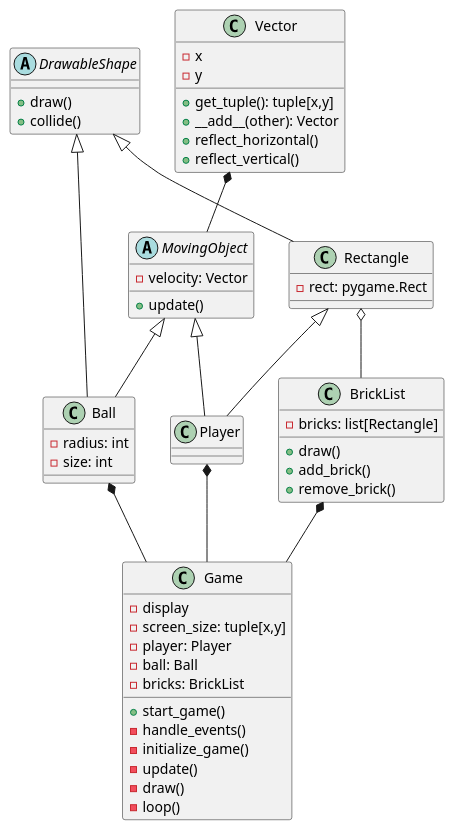
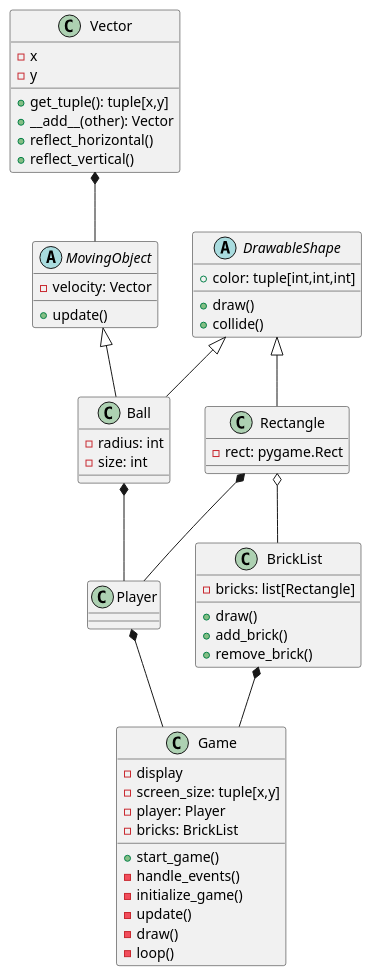
Before and after one commit to CodingChem/Breakout: the diagram in class_diagram.puml, drawn with PlantUML. The commit also changed 9 other files, not shown here.

```diff
--- a/class_diagram.puml
+++ b/class_diagram.puml
@@ -1,58 +1,57 @@
 @startuml class diagram
 class Vector {
     - x
     - y
     + get_tuple(): tuple[x,y]
     + __add__(other): Vector
     + reflect_horizontal()
     + reflect_vertical()
 }
 class Game {
     - display
     - screen_size: tuple[x,y]
     - player: Player
-    - ball: Ball
     - bricks: BrickList
     + start_game()
     - handle_events()
     - initialize_game()
     - update()
     - draw()
     - loop()
 }
 class Player {
 
 }
 class BrickList {
     - bricks: list[Rectangle]
     + draw()
     + add_brick()
     + remove_brick()
 }
 class Rectangle {
     - rect: pygame.Rect
 }
 class Ball {
     - radius: int
     - size: int
 }
 abstract class DrawableShape {
+    + color: tuple[int,int,int]
     + draw()
     + collide()
 }
 abstract class MovingObject {
     - velocity: Vector
     + update()
 }
 DrawableShape <|-- Rectangle
-Rectangle <|-- Player
-MovingObject <|-- Player
+Rectangle *-- Player
 MovingObject <|-- Ball
 DrawableShape <|-- Ball
 Vector *-- MovingObject
 Rectangle o-- BrickList
 BrickList *-- Game
 Player *-- Game
-Ball *-- Game
+Ball *-- Player
 
 @enduml
```
